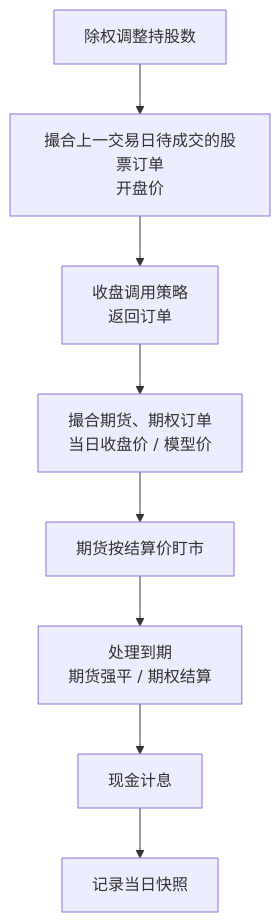
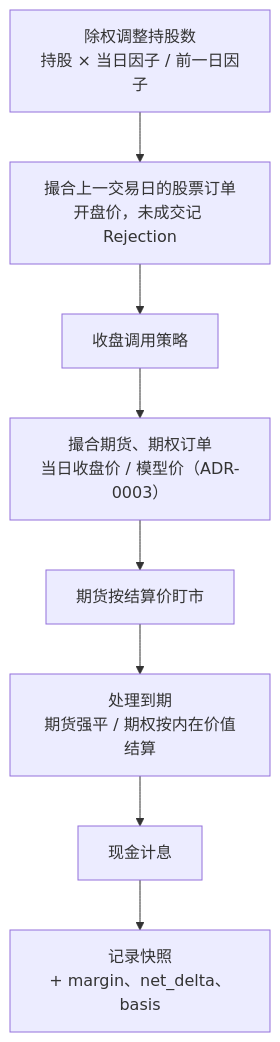
Before and after one commit to guevara12345/quant: the third of 8 diagrams in docs/design.md, drawn with Mermaid. The commit also changed other lines of this file and 1 other file, not shown here.

````diff
--- a/docs/design.md
+++ b/docs/design.md
@@ -184,10 +164,10 @@
 ```mermaid
 flowchart TD
-    A[除权调整持股数] --> B[撮合上一交易日待成交的股票订单<br/>开盘价]
-    B --> C[收盘调用策略<br/>返回订单]
-    C --> D[撮合期货、期权订单<br/>当日收盘价 / 模型价]
+    A["除权调整持股数<br/>持股 × 当日因子 / 前一日因子"] --> B["撮合上一交易日的股票订单<br/>开盘价，未成交记 Rejection"]
+    B --> C[收盘调用策略]
+    C --> D["撮合期货、期权订单<br/>当日收盘价 / 模型价（ADR-0003）"]
     D --> E[期货按结算价盯市]
-    E --> F[处理到期<br/>期货强平 / 期权结算]
+    E --> F["处理到期<br/>期货强平 / 期权按内在价值结算"]
     F --> G[现金计息]
-    G --> H[记录当日快照]
+    G --> H["记录快照<br/>+ margin、net_delta、basis"]
 ```
````
